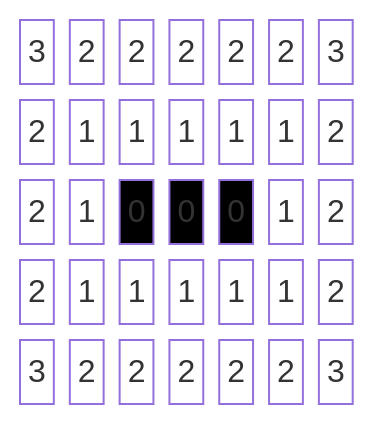
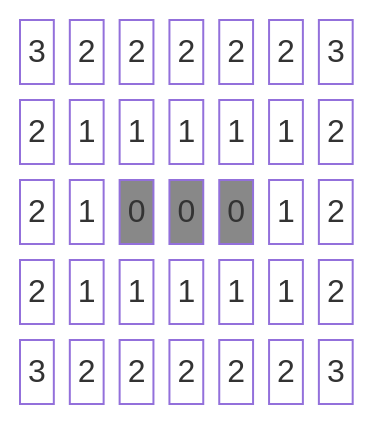
The second of 3 diagrams in _posts/2026-03-23-sdf-shadows.markdown (davidtme/davidtme.github.io), drawn with Mermaid before and after one commit.

````diff
--- a/_posts/2026-03-23-sdf-shadows.markdown
+++ b/_posts/2026-03-23-sdf-shadows.markdown
@@ -85,50 +85,52 @@
 ```mermaid
 block-beta
   columns 7
   r0c0["3"] r0c1["2"] r0c2["2"] r0c3["2"] r0c4["2"] r0c5["2"] r0c6["3"]
   r1c0["2"] r1c1["1"] r1c2["1"] r1c3["1"] r1c4["1"] r1c5["1"] r1c6["2"]
   r2c0["2"] r2c1["1"] r2c2["0"] r2c3["0"] r2c4["0"] r2c5["1"] r2c6["2"]
   r3c0["2"] r3c1["1"] r3c2["1"] r3c3["1"] r3c4["1"] r3c5["1"] r3c6["2"]
   r4c0["3"] r4c1["2"] r4c2["2"] r4c3["2"] r4c4["2"] r4c5["2"] r4c6["3"]
 
   style r0c0 fill:#fff,color:#000
   style r0c1 fill:#fff,color:#000
   style r0c2 fill:#fff,color:#000
   style r0c3 fill:#fff,color:#000
   style r0c4 fill:#fff,color:#000
   style r0c5 fill:#fff,color:#000
   style r0c6 fill:#fff,color:#000
 
   style r1c0 fill:#fff,color:#000
   style r1c1 fill:#fff,color:#000
   style r1c2 fill:#fff,color:#000
   style r1c3 fill:#fff,color:#000
   style r1c4 fill:#fff,color:#000
   style r1c5 fill:#fff,color:#000
   style r1c6 fill:#fff,color:#000
 
   style r2c0 fill:#fff,color:#000
   style r2c1 fill:#fff,color:#000
+
+  style r2c2 fill:#888,color:#000
+  style r2c3 fill:#888,color:#000
+  style r2c4 fill:#888,color:#000
+  
   style r2c5 fill:#fff,color:#000
   style r2c6 fill:#fff,color:#000
 
   style r3c0 fill:#fff,color:#000
   style r3c1 fill:#fff,color:#000
   style r3c2 fill:#fff,color:#000
   style r3c3 fill:#fff,color:#000
   style r3c4 fill:#fff,color:#000
   style r3c5 fill:#fff,color:#000
   style r3c6 fill:#fff,color:#000
 
   style r4c0 fill:#fff,color:#000
   style r4c1 fill:#fff,color:#000
   style r4c2 fill:#fff,color:#000
   style r4c3 fill:#fff,color:#000
   style r4c4 fill:#fff,color:#000
   style r4c5 fill:#fff,color:#000
   style r4c6 fill:#fff,color:#000
 
-  style r2c2 fill:#000,color:#fff
-  style r2c3 fill:#000,color:#fff
-  style r2c4 fill:#000,color:#fff
 ```
````
